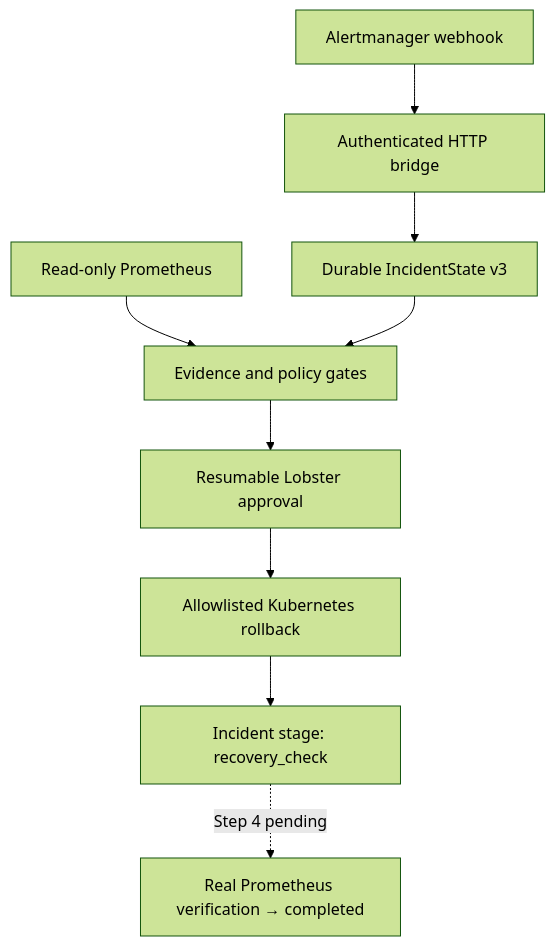
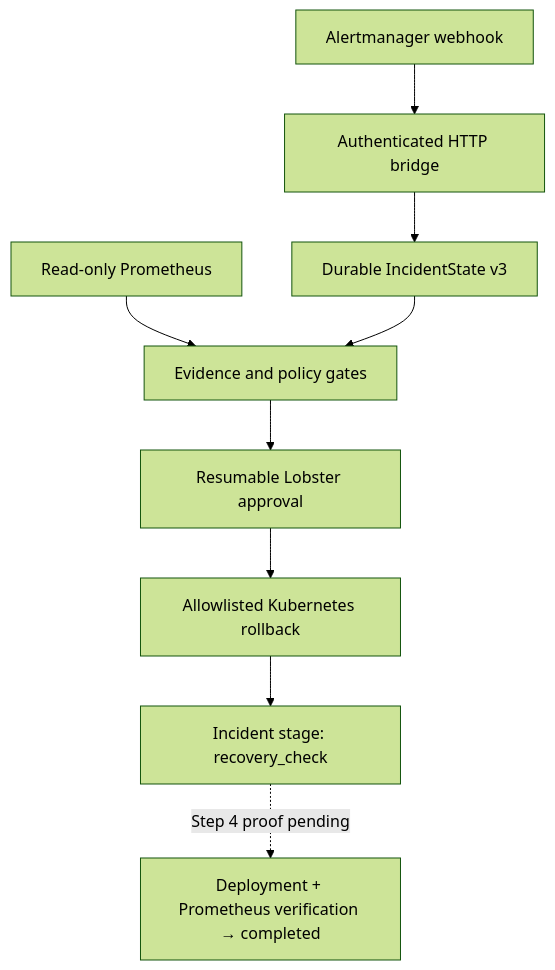
One commit to YingzuoLiu/openclaw-dataops-guardian changed the diagram in README.md. Above: the diagram before and after it, drawn with Mermaid (forest theme). The commit also changed other lines of this file and 20 other files, not shown here.

Commit message:
feat: verify deployment and Prometheus recovery

````diff
--- a/README.md
+++ b/README.md
@@ -22,11 +23,11 @@
 ```mermaid
 flowchart TD
     A["Alertmanager webhook"] --> B["Authenticated HTTP bridge"]
     B --> C["Durable IncidentState v3"]
     P["Read-only Prometheus"] --> D["Evidence and policy gates"]
     C --> D
     D --> E["Resumable Lobster approval"]
     E --> F["Allowlisted Kubernetes rollback"]
     F --> G["Incident stage: recovery_check"]
-    G -. "Step 4 pending" .-> H["Real Prometheus verification → completed"]
+    G -. "Step 4 proof pending" .-> H["Deployment + Prometheus verification → completed"]
 ```
````
